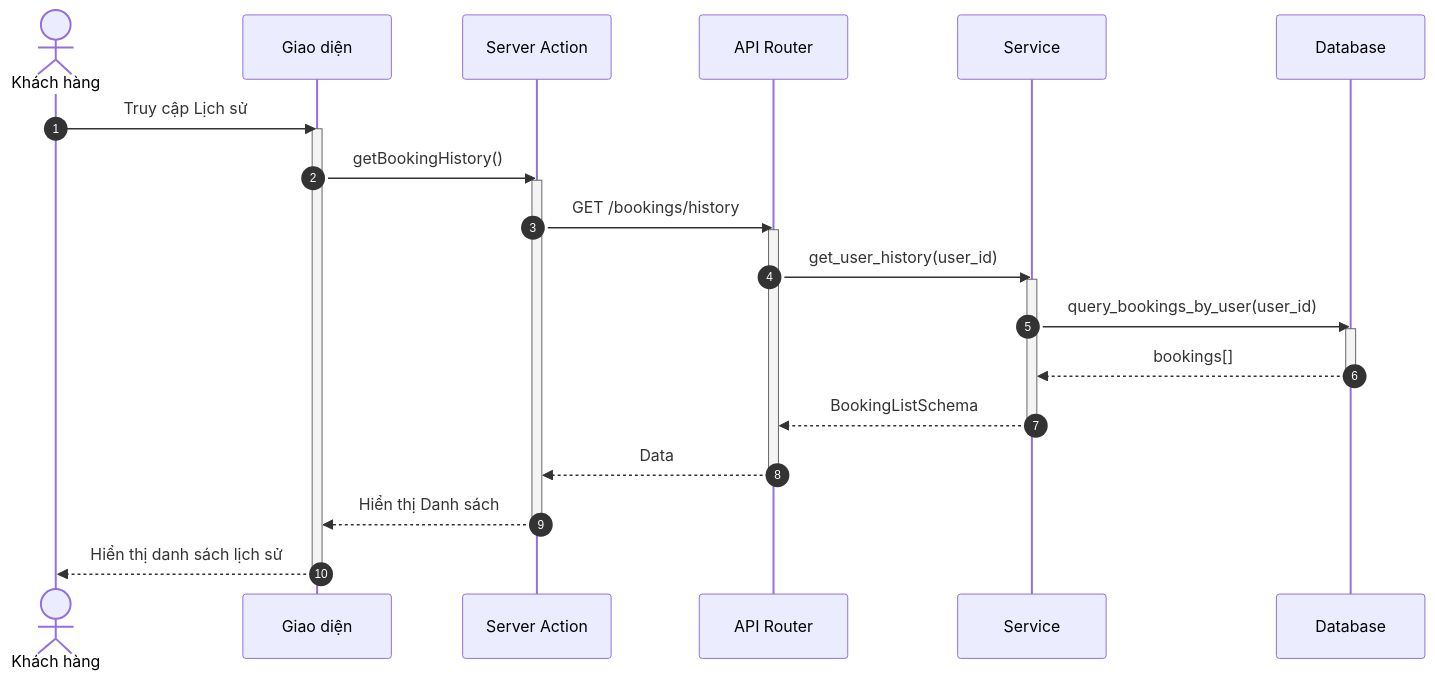
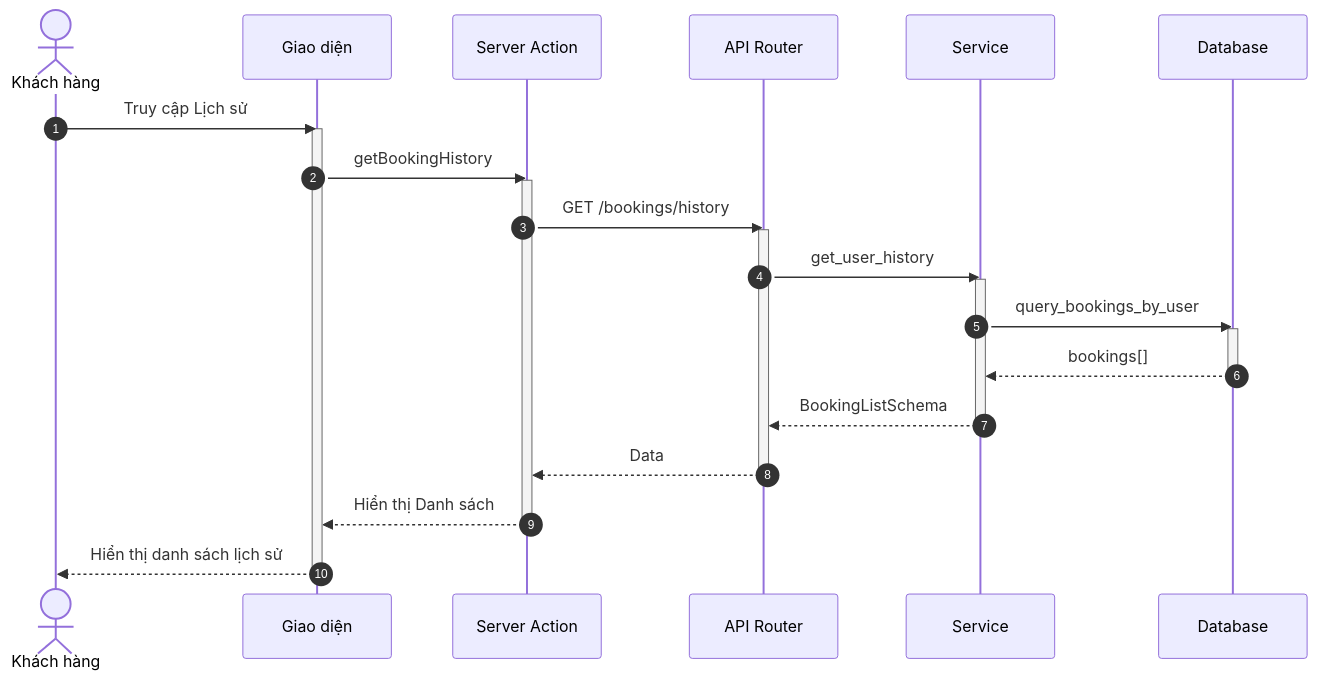
Before and after one commit to ngoctinn/Synapse: the seventh of 8 diagrams in docs/design/sequences/customer_flows.md, drawn with Mermaid. The commit also changed other lines of this file and 1 other file, not shown here.

Commit message:
feat: Add sequence diagrams for admin and customer flows.

````diff
--- a/docs/design/sequences/customer_flows.md
+++ b/docs/design/sequences/customer_flows.md
@@ -319,38 +319,38 @@
 ```mermaid
 sequenceDiagram
     autonumber
     actor KH as Khách hàng
     participant UI as Giao diện
     participant BFF as Server Action
     participant API as API Router
     participant S as Service
     participant DB as Database
 
     KH->>UI: Truy cập Lịch sử
     activate UI
-    UI->>BFF: getBookingHistory()
+    UI->>BFF: getBookingHistory
     activate BFF
 
     BFF->>API: GET /bookings/history
     activate API
 
-    API->>S: get_user_history(user_id)
+    API->>S: get_user_history
     activate S
 
-    S->>DB: query_bookings_by_user(user_id)
+    S->>DB: query_bookings_by_user
     activate DB
     DB-->>S: bookings[]
     deactivate DB
 
     S-->>API: BookingListSchema
     deactivate S
 
     API-->>BFF: Data
     deactivate API
 
     BFF-->>UI: Hiển thị Danh sách
     deactivate BFF
 
     UI-->>KH: Hiển thị danh sách lịch sử
     deactivate UI
 ```
````
